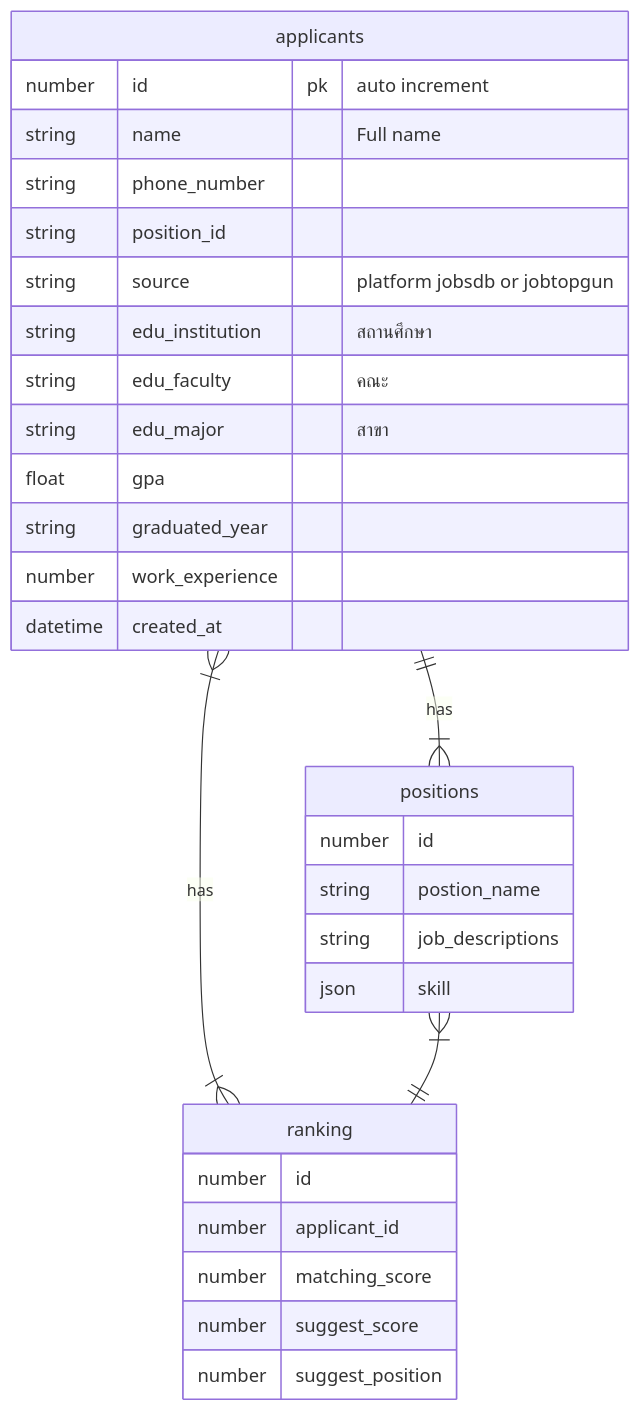
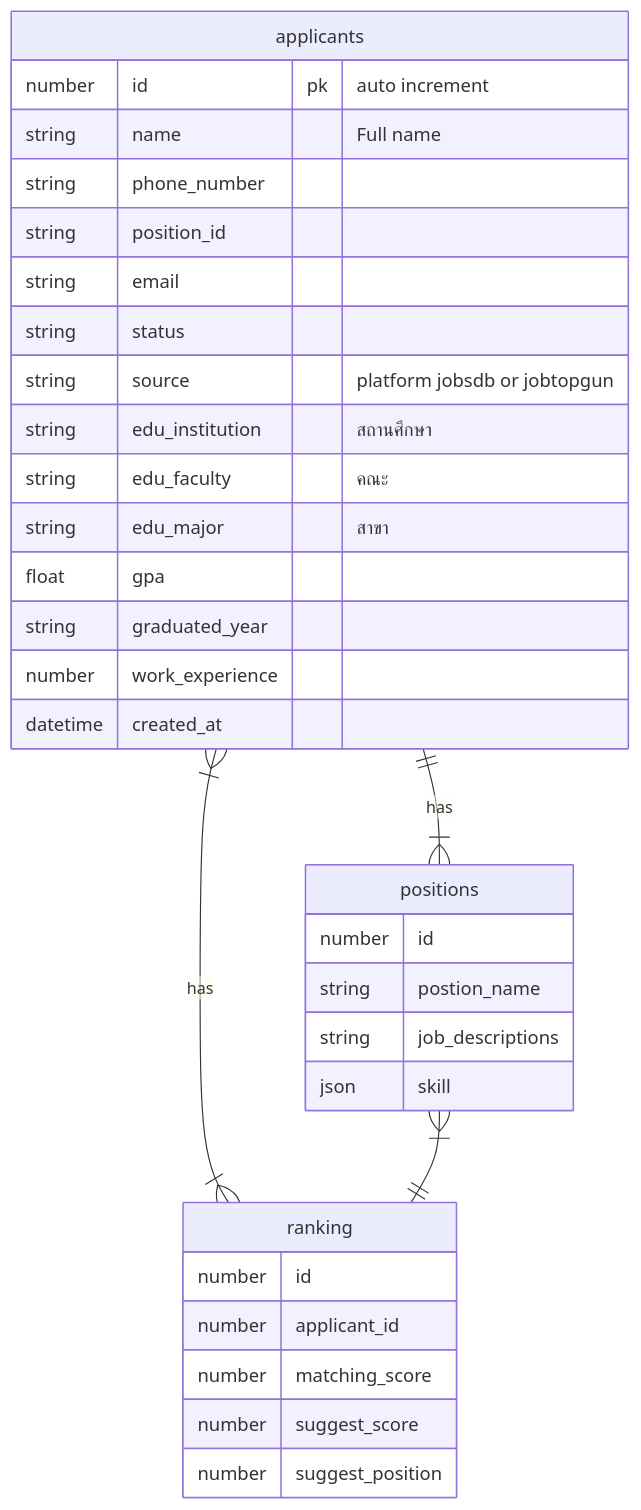
The diagram in er.md (Thanapheem/diagram), drawn with Mermaid before and after one commit.

Commit message:
add columns

````diff
--- a/er.md
+++ b/er.md
@@ -1,33 +1,35 @@
 ```mermaid
 erDiagram
 applicants ||--|{positions: has
 applicants }|--|{ ranking: has
 positions }|--|| ranking: ""
 applicants {
 number id pk "auto increment"
 string name   "Full name"
 string phone_number 
-string position_id 
+string position_id
+string email
+string status
 string source "platform jobsdb or jobtopgun"
 string edu_institution "สถานศึกษา"
 string edu_faculty "คณะ"
 string edu_major "สาขา" 
 float gpa
 string graduated_year ""
 number work_experience 
 datetime created_at  
 }
 positions {
 number id
 string postion_name
 string job_descriptions
 json skill
 }
 ranking {
 number id
 number applicant_id
 number matching_score
 number suggest_score
 number suggest_position
 }
 ```
````
